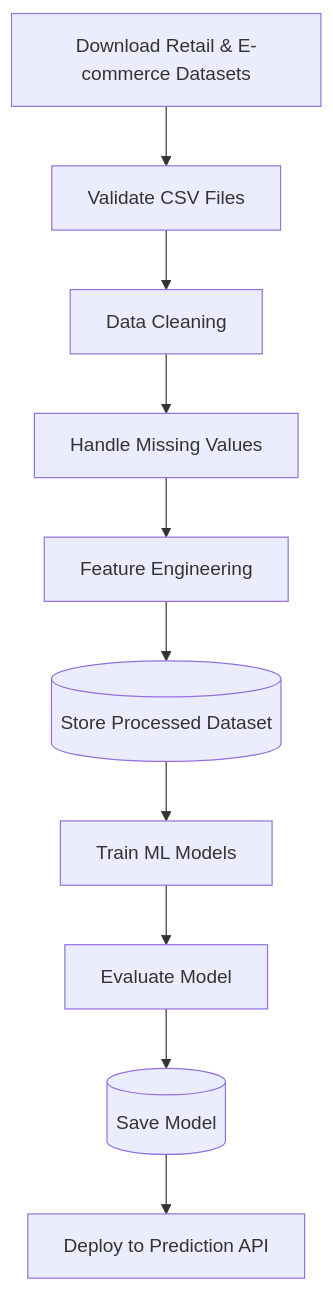
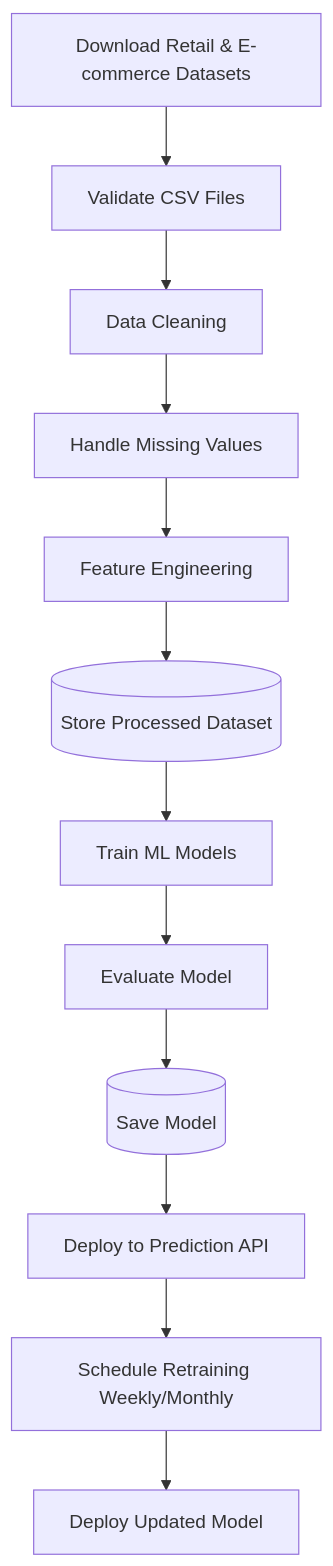
Before and after one commit to KMohammedsadiq/Dynamic-Pricing-Optimization-and-Revenue-Intelligence-Platform-K_Mohammad_Sadik: the second of 10 diagrams in docs/04_Workflow_Planning.md, drawn with Mermaid. The commit also changed other lines of this file, not shown here.

````diff
--- a/docs/04_Workflow_Planning.md
+++ b/docs/04_Workflow_Planning.md
@@ -54,12 +55,14 @@
 ```mermaid
 flowchart TD
     A[Download Retail & E-commerce Datasets] --> B[Validate CSV Files]
     B --> C[Data Cleaning]
     C --> D[Handle Missing Values]
     D --> E[Feature Engineering]
     E --> F[(Store Processed Dataset)]
     F --> G[Train ML Models]
     G --> H[Evaluate Model]
     H --> I[(Save Model)]
     I --> J[Deploy to Prediction API]
+    J --> K[Schedule Retraining Weekly/Monthly]
+    K --> L[Deploy Updated Model]
 ```
````
